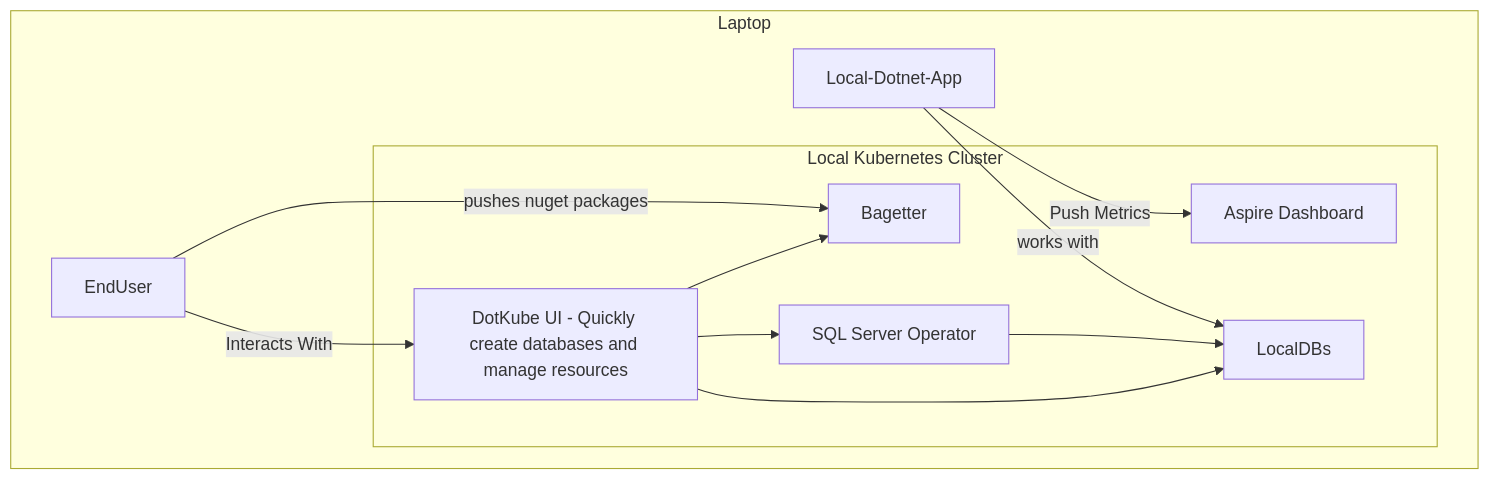
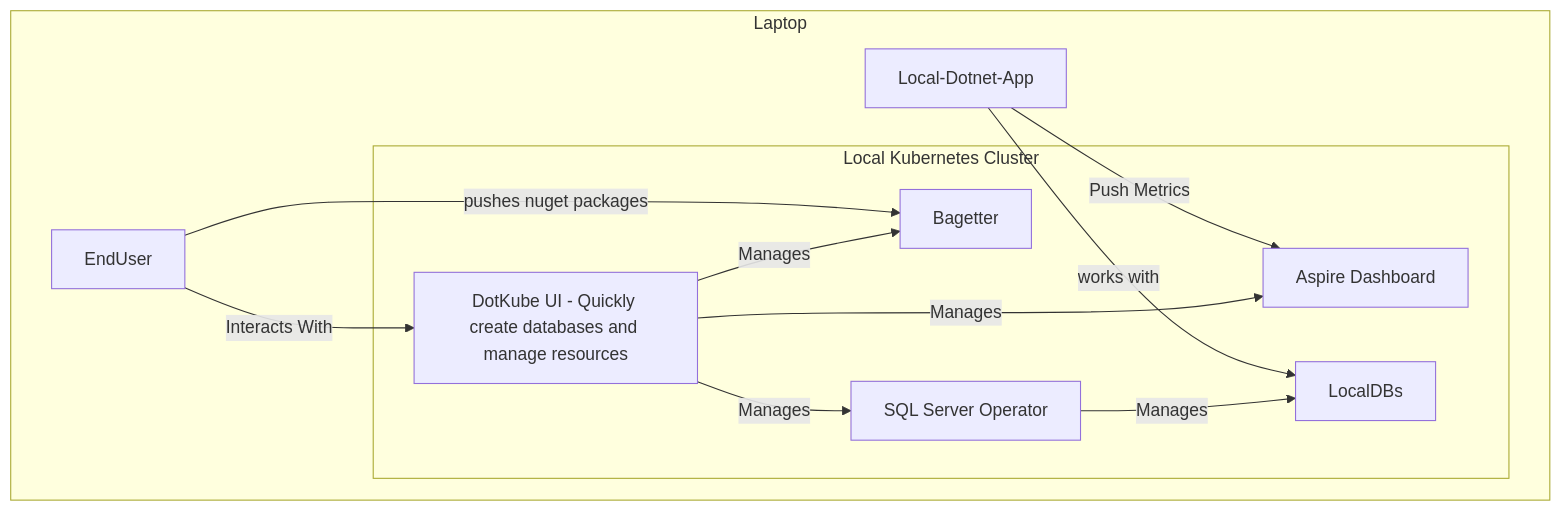
Before and after one commit to DotKube/.github: the diagram in profile/README.md, drawn with Mermaid.

Commit message:
add manages to indicate what its doing

````diff
--- a/profile/README.md
+++ b/profile/README.md
@@ -120,22 +120,22 @@
 ```mermaid
 graph TD
     subgraph Laptop ["Laptop"]
         subgraph Cluster ["Local Kubernetes Cluster"]
             AspireDashboard["Aspire Dashboard"]
             BagetterApp["Bagetter"]
             SQLServerOperator["SQL Server Operator"]
             LocalDBs
             DotKubeUI["DotKube UI - Quickly create databases and manage resources"]
         end
 
         Local-Dotnet-App -- "Push Metrics" --> AspireDashboard
         EndUser -- "pushes nuget packages" --> BagetterApp
         Local-Dotnet-App -- "works with" --> LocalDBs
-        EndUser -- "Interacts With" --> DotKubeUI --> SQLServerOperator
+        EndUser -- "Interacts With" --> DotKubeUI -- "Manages" --> SQLServerOperator
     end
 
-    SQLServerOperator --> LocalDBs
-    DotKubeUI --> BagetterApp
-    DotKubeUI --> LocalDBs
+    SQLServerOperator -- "Manages" --> LocalDBs
+    DotKubeUI -- "Manages" --> BagetterApp
+    DotKubeUI -- "Manages" --> AspireDashboard
 
 ```
````
